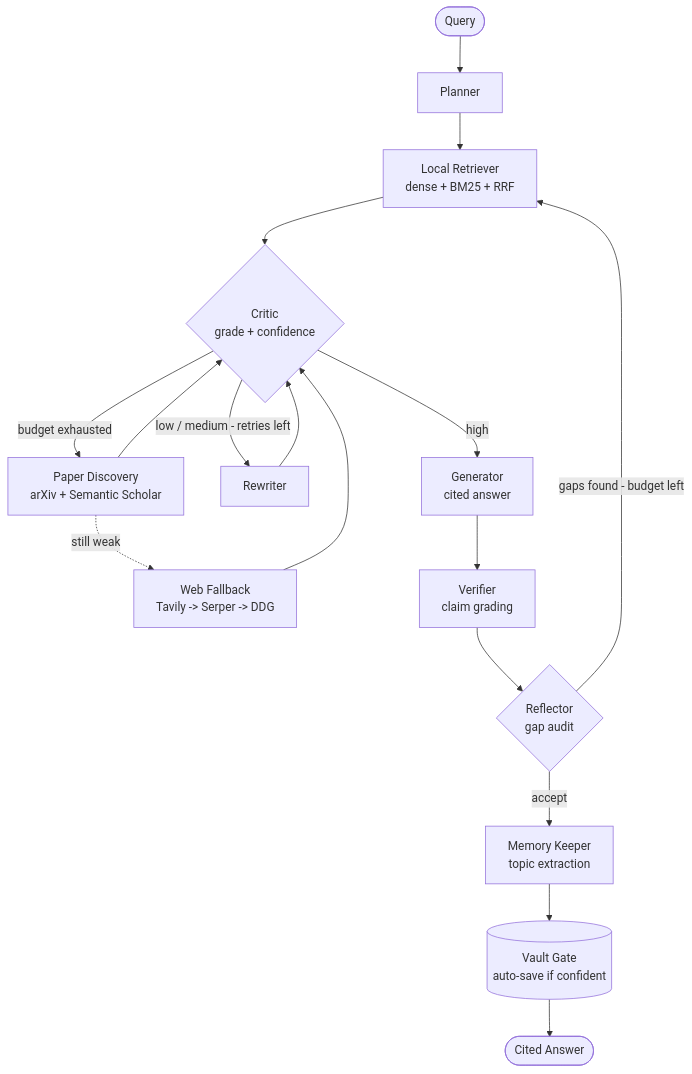
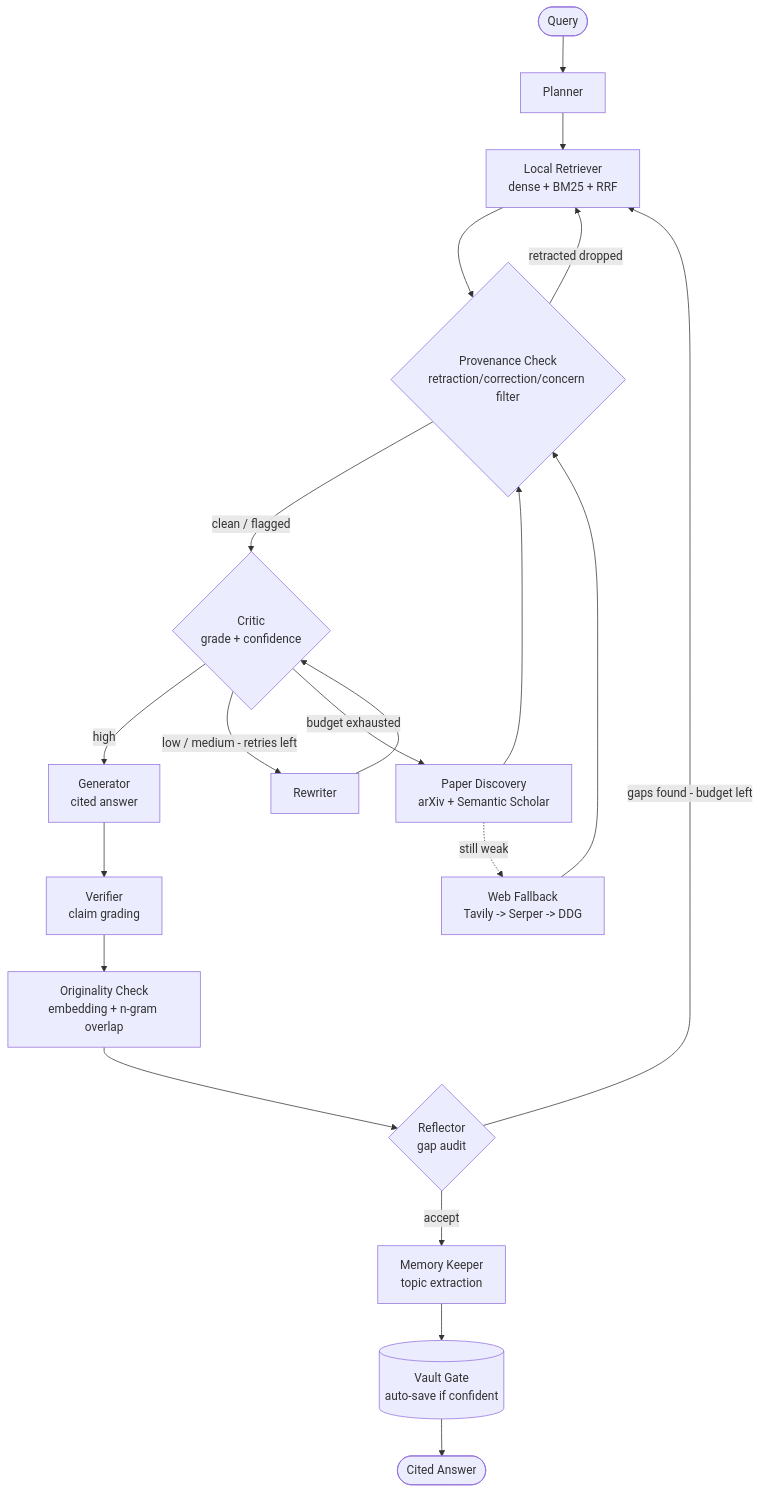
The second of 2 diagrams in README.md (SaumyaBish-t/ResearGent), drawn with Mermaid before and after one commit. The commit also changed 1 other file, not shown here.

Commit message:
docs: update architecture diagram and node list for Phase 19–23
- Add Provenance Check node (between retriever and critic)
- Add Originality Check node (between verifier and reflector)
- Update all downstream edges to route through provenance_check
- Add Source Integrity section to saved notes format

````diff
--- a/README.md
+++ b/README.md
@@ -89,19 +89,22 @@
 ```mermaid
 flowchart TD
     Q(["Query"]) --> P["Planner"]
     P --> R["Local Retriever<br/>dense + BM25 + RRF"]
-    R --> C{"Critic<br/>grade + confidence"}
+    R --> PC{"Provenance Check<br/>retraction/correction/concern filter"}
+    PC -->|retracted dropped| R
+    PC -->|clean / flagged| C{"Critic<br/>grade + confidence"}
     C -->|high| G["Generator<br/>cited answer"]
     C -->|"low / medium - retries left"| RW["Rewriter"]
     RW --> C
     C -->|"budget exhausted"| PD["Paper Discovery<br/>arXiv + Semantic Scholar"]
-    PD --> C
+    PD --> PC
     PD -.->|"still weak"| WF["Web Fallback<br/>Tavily -> Serper -> DDG"]
-    WF --> C
+    WF --> PC
     G --> VF["Verifier<br/>claim grading"]
-    VF --> RF{"Reflector<br/>gap audit"}
+    VF --> OC["Originality Check<br/>embedding + n-gram overlap"]
+    OC --> RF{"Reflector<br/>gap audit"}
     RF -->|"gaps found - budget left"| R
     RF -->|accept| MK["Memory Keeper<br/>topic extraction"]
     MK --> V[("Vault Gate<br/>auto-save if confident")]
     V --> A(["Cited Answer"])
 ```
````
